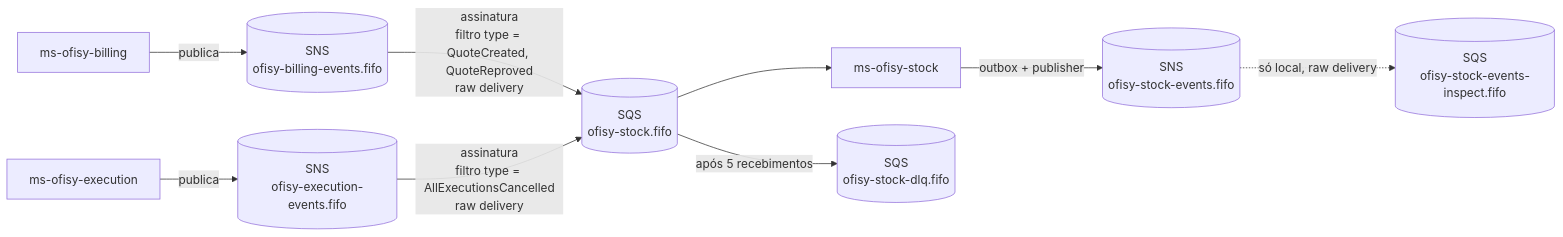
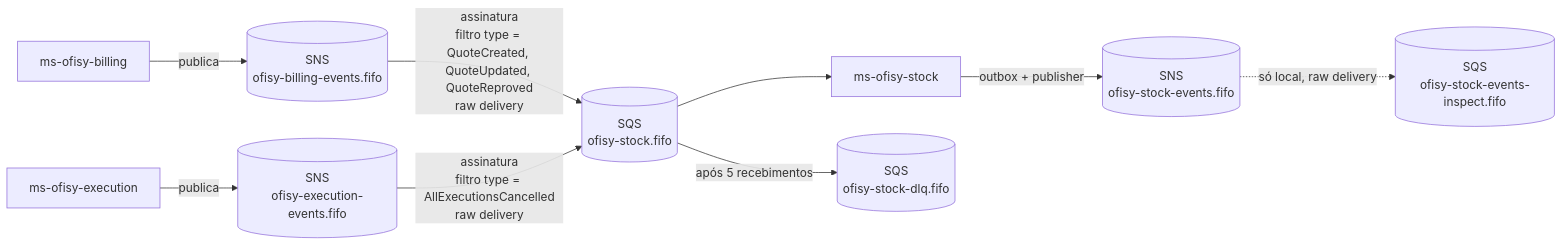
One commit to 15SOAT-FIAP/ms-ofisy-stock changed the first of 2 diagrams in docs/MESSAGING.md. Above: the diagram before and after it, drawn with Mermaid. The commit also changed other lines of this file and 1 other file, not shown here.

Commit message:
docs: documentar o ajuste pelo QuoteUpdated

````diff
--- a/docs/MESSAGING.md
+++ b/docs/MESSAGING.md
@@ -11,11 +11,11 @@
 ```mermaid
 flowchart LR
     billing[ms-ofisy-billing] -->|publica| billingTopic[(SNS<br/>ofisy-billing-events.fifo)]
-    billingTopic -->|assinatura<br/>filtro type = QuoteCreated, QuoteReproved<br/>raw delivery| queue[(SQS<br/>ofisy-stock.fifo)]
+    billingTopic -->|assinatura<br/>filtro type = QuoteCreated, QuoteUpdated, QuoteReproved<br/>raw delivery| queue[(SQS<br/>ofisy-stock.fifo)]
     execution[ms-ofisy-execution] -->|publica| execTopic[(SNS<br/>ofisy-execution-events.fifo)]
     execTopic -->|assinatura<br/>filtro type = AllExecutionsCancelled<br/>raw delivery| queue
     queue --> app[ms-ofisy-stock]
     queue -->|após 5 recebimentos| dlq[(SQS<br/>ofisy-stock-dlq.fifo)]
     app -->|outbox + publisher| topic[(SNS<br/>ofisy-stock-events.fifo)]
     topic -.->|só local, raw delivery| inspect[(SQS<br/>ofisy-stock-events-inspect.fifo)]
 ```
````
